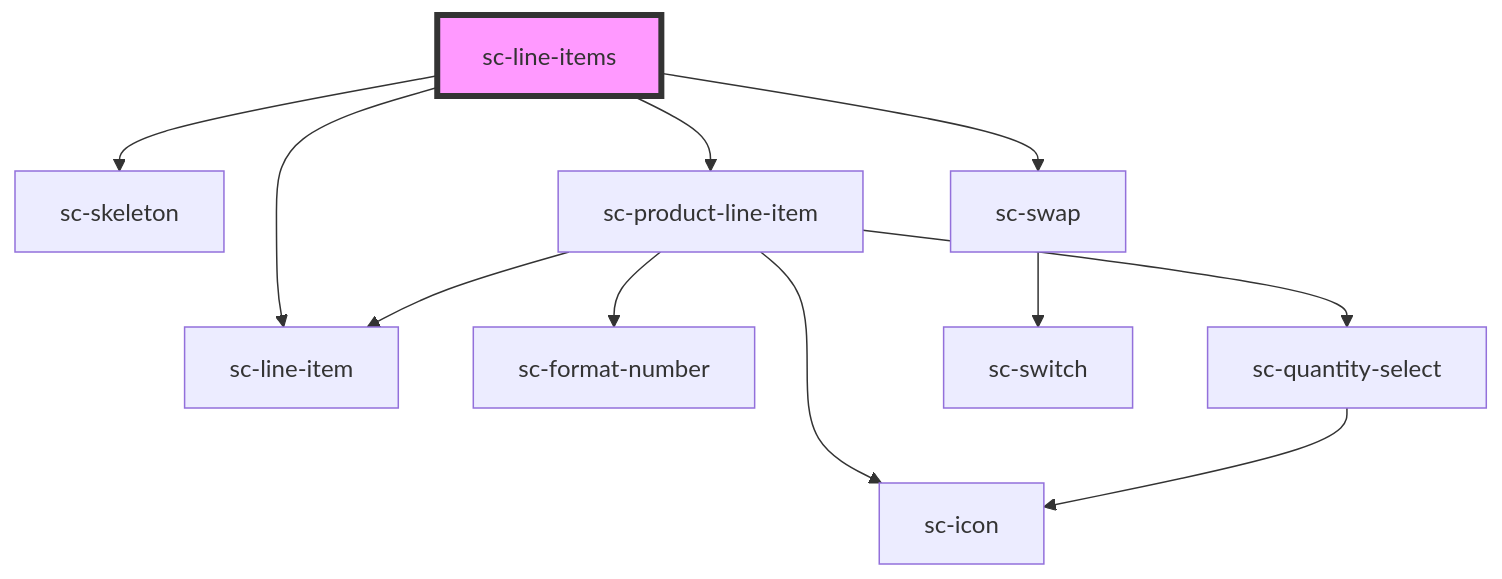
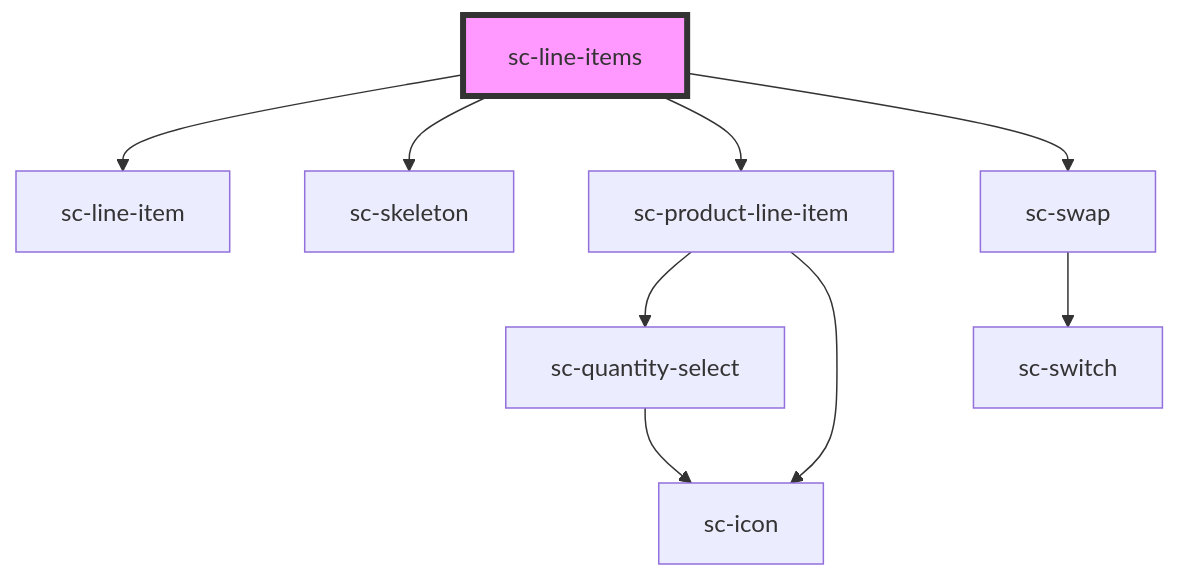
The diagram in packages/components/src/components/controllers/checkout-form/line-items/readme.md (surecart/surecart-wp-plugin), drawn with Mermaid before and after one commit. The commit also changed 12 other files, not shown here.

````diff
--- a/packages/components/src/components/controllers/checkout-form/line-items/readme.md
+++ b/packages/components/src/components/controllers/checkout-form/line-items/readme.md
@@ -49,14 +49,12 @@
 ```mermaid
 graph TD;
   sc-line-items --> sc-line-item
   sc-line-items --> sc-skeleton
   sc-line-items --> sc-product-line-item
   sc-line-items --> sc-swap
-  sc-product-line-item --> sc-format-number
   sc-product-line-item --> sc-quantity-select
   sc-product-line-item --> sc-icon
-  sc-product-line-item --> sc-line-item
   sc-quantity-select --> sc-icon
   sc-swap --> sc-switch
   style sc-line-items fill:#f9f,stroke:#333,stroke-width:4px
 ```
````
